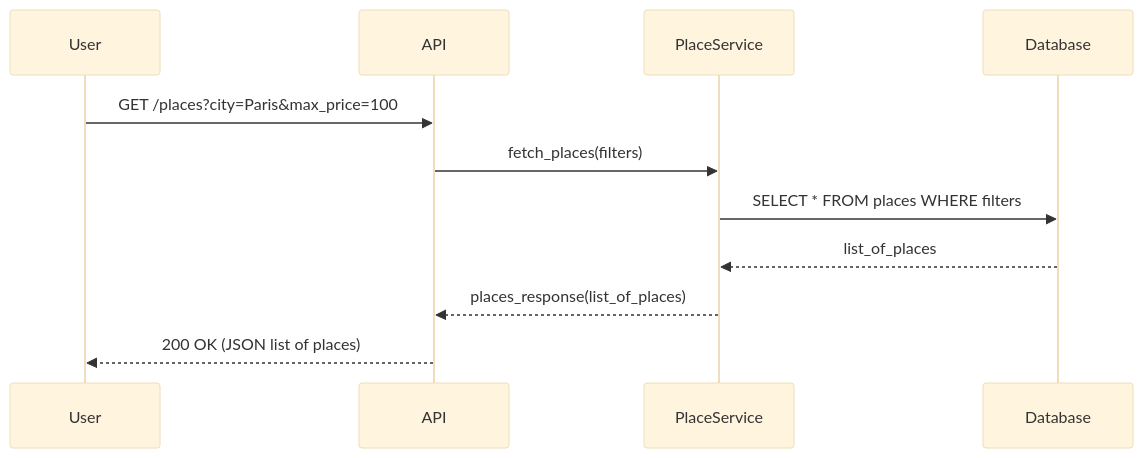
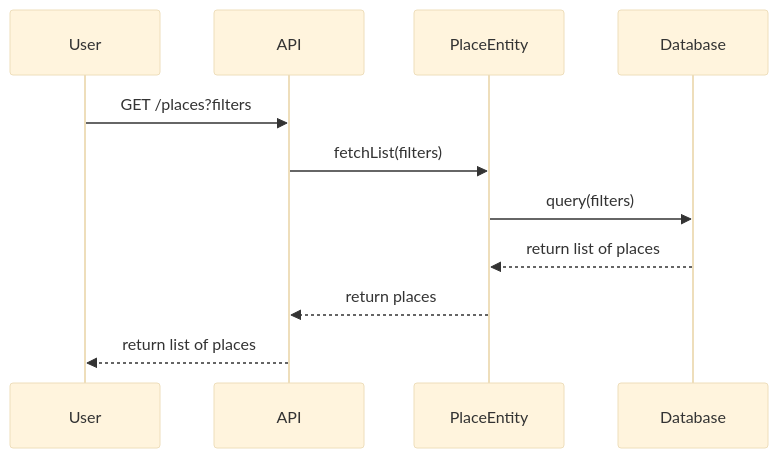
Before and after one commit to loicleguen/holbertonschool-hbnb: the fourth of 4 diagrams in part1/2. Sequence Diagrams for API Calls.md, drawn with Mermaid (base theme). The commit also changed other lines of this file, not shown here.

Commit message:
refactor: update sequence diagrams for API calls to improve clarity and consistency

````diff
--- a/part1/2. Sequence Diagrams for API Calls.md
+++ b/part1/2. Sequence Diagrams for API Calls.md
@@ -85,14 +90,15 @@
 ```mermaid
 sequenceDiagram
-    participant User
-    participant API
-    participant BusinessLogic as PlaceService
-    participant Database
+participant User
+participant API
+participant PlaceEntity
+participant Database
 
-    User->>API: GET /places?city=Paris&max_price=100
-    API->>BusinessLogic: fetch_places(filters)
-    BusinessLogic->>Database: SELECT * FROM places WHERE filters
-    Database-->>BusinessLogic: list_of_places
-    BusinessLogic-->>API: places_response(list_of_places)
-    API-->>User: 200 OK (JSON list of places)
+User->>API: GET /places?filters
+API->>PlaceEntity: fetchList(filters)
+PlaceEntity->>Database: query(filters)
+Database-->>PlaceEntity: return list of places
+PlaceEntity-->>API: return places
+API-->>User: return list of places
+
 ```
````
